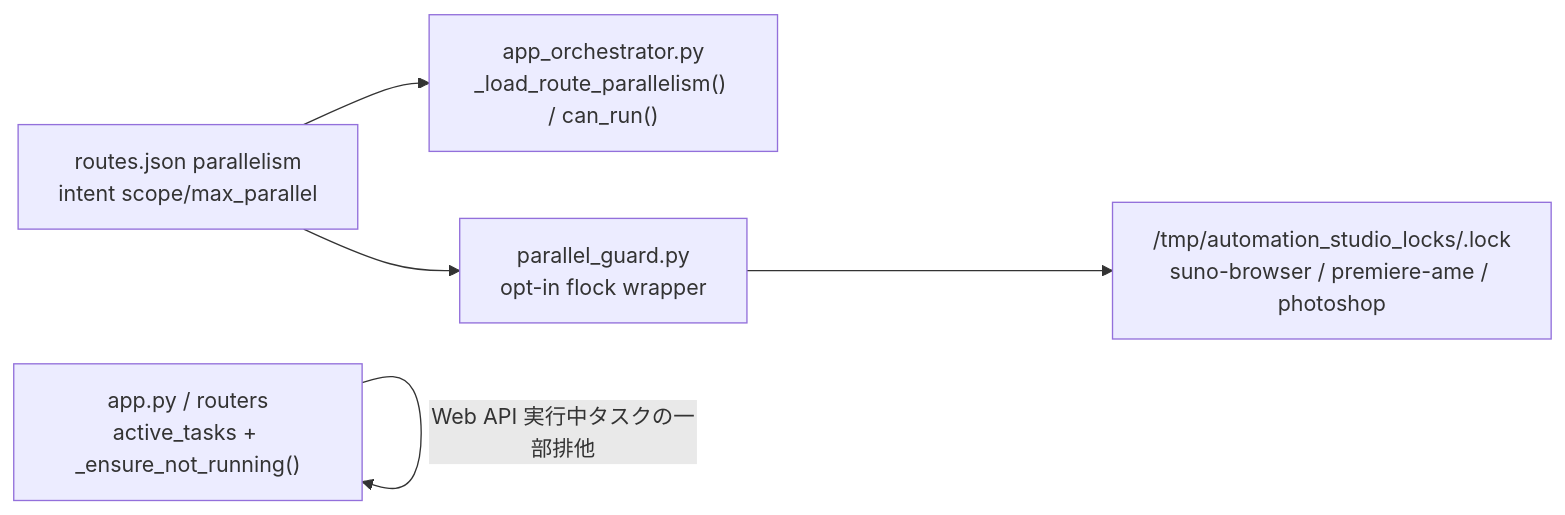
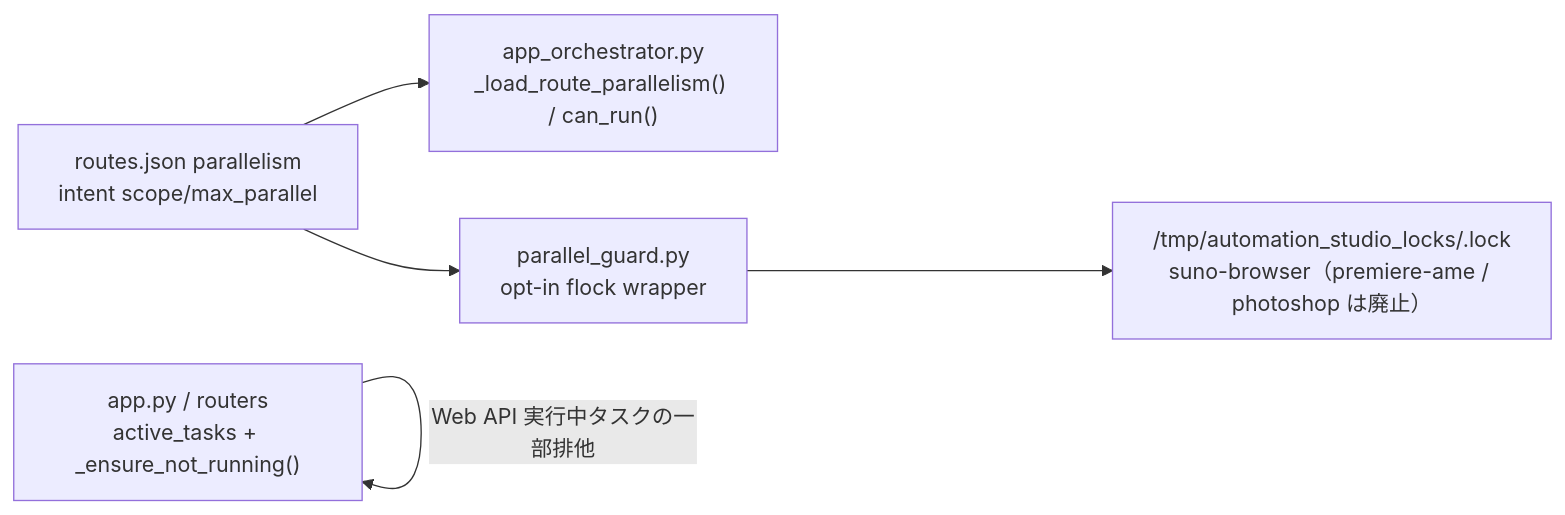
Before and after one commit to caruxx/automation-studio: the fourth of 4 diagrams in docs/ARCHITECTURE_MAP.md, drawn with Mermaid. The commit also changed other lines of this file and 38 other files, not shown here.

````diff
--- a/docs/ARCHITECTURE_MAP.md
+++ b/docs/ARCHITECTURE_MAP.md
@@ -170,12 +171,12 @@
 ```mermaid
 flowchart LR
   Routes["routes.json parallelism<br/>intent scope/max_parallel"]
   Orchestrator["app_orchestrator.py<br/>_load_route_parallelism() / can_run()"]
   AppTasks["app.py / routers<br/>active_tasks + _ensure_not_running()"]
   Guard["parallel_guard.py<br/>opt-in flock wrapper"]
 
   Routes --> Orchestrator
   AppTasks -->|"Web API 実行中タスクの一部排他"| AppTasks
   Routes --> Guard
-  Guard --> Locks["/tmp/automation_studio_locks/<scope>.lock<br/>suno-browser / premiere-ame / photoshop"]
+  Guard --> Locks["/tmp/automation_studio_locks/<scope>.lock<br/>suno-browser（premiere-ame / photoshop は廃止）"]
 ```
````
